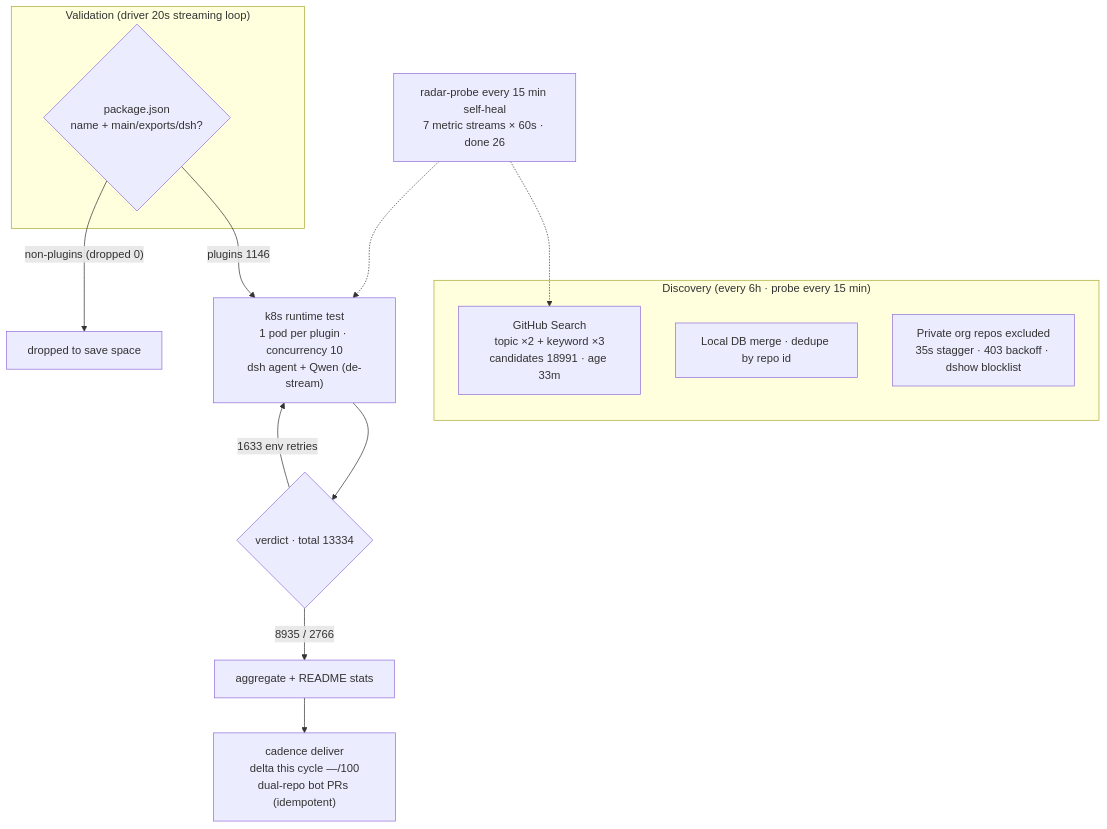
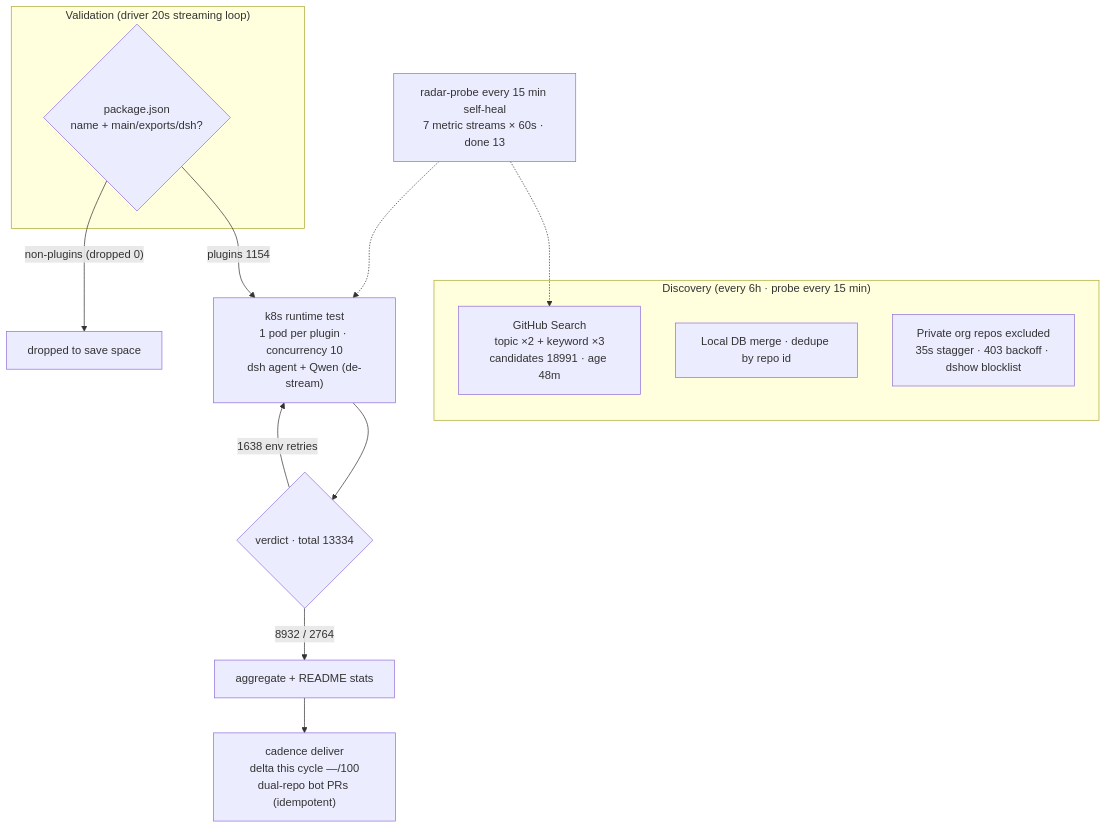
Before and after one commit to AdamPlatin123/dsh-plugin-radar: the diagram in README.en-US.md, drawn with Mermaid. The commit also changed other lines of this file and 13 other files, not shown here.

````diff
--- a/README.en-US.md
+++ b/README.en-US.md
@@ -45,20 +45,20 @@
 ```mermaid
 flowchart TB
     subgraph Discovery["Discovery (every 6h · probe every 15 min)"]
-        A1["GitHub Search<br/>topic ×2 + keyword ×3<br/>candidates 18991 · age 33m"]
+        A1["GitHub Search<br/>topic ×2 + keyword ×3<br/>candidates 18991 · age 48m"]
         A2["Local DB merge · dedupe by repo id"]
         A3["Private org repos excluded<br/>35s stagger · 403 backoff · dshow blocklist"]
     end
     subgraph Validation["Validation (driver 20s streaming loop)"]
         B1{"package.json<br/>name + main/exports/dsh?"}
     end
-    B1 -->|"plugins 1146"| C1["k8s runtime test<br/>1 pod per plugin · concurrency 10<br/>dsh agent + Qwen (de-stream)"]
+    B1 -->|"plugins 1154"| C1["k8s runtime test<br/>1 pod per plugin · concurrency 10<br/>dsh agent + Qwen (de-stream)"]
     B1 -->|"non-plugins (dropped 0)"| B3["dropped to save space"]
     C1 --> D1{"verdict · total 13334"}
-    D1 -->|"8935 / 2766"| E1["aggregate + README stats"]
-    D1 -->|"1633 env retries"| C1
+    D1 -->|"8932 / 2764"| E1["aggregate + README stats"]
+    D1 -->|"1638 env retries"| C1
     E1 --> E2["cadence deliver<br/>delta this cycle —/100<br/>dual-repo bot PRs (idempotent)"]
-    M["radar-probe every 15 min self-heal<br/>7 metric streams × 60s · done 26"]
+    M["radar-probe every 15 min self-heal<br/>7 metric streams × 60s · done 13"]
     M -.-> A1
     M -.-> C1
 ```
````
